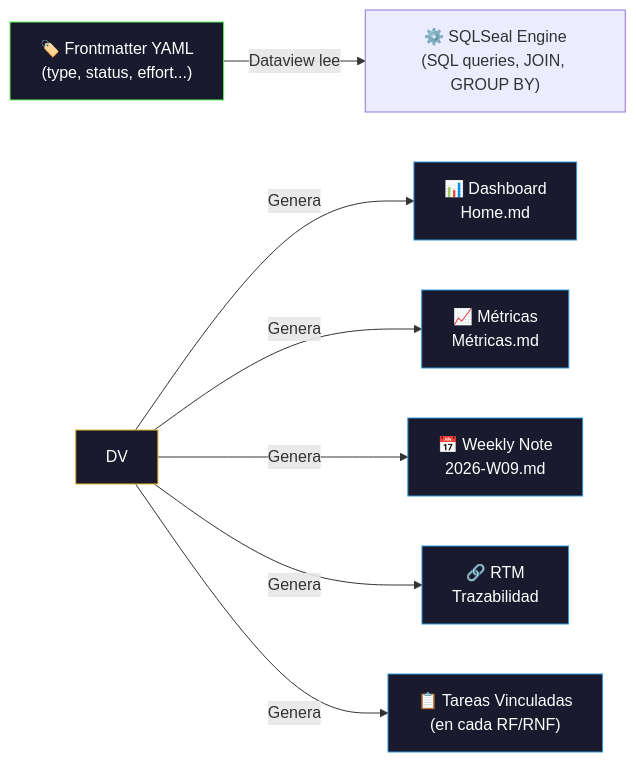
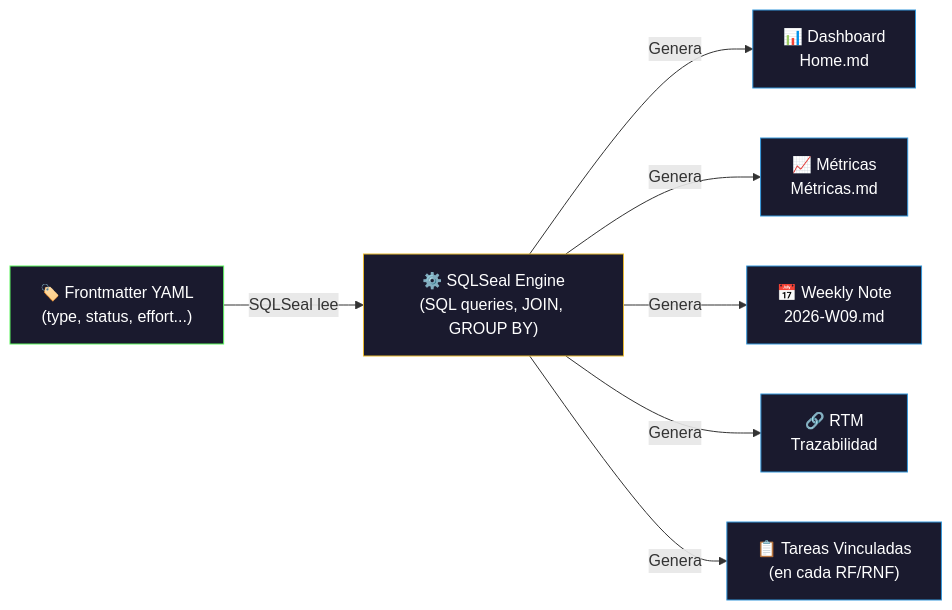
Before and after one commit to yonrasgg/RAICES_VIVAS: the second of 6 diagrams in 01-Proyecto/Guía de Workflow.md, drawn with Mermaid. The commit also changed other lines of this file and 3 other files, not shown here.

````diff
--- a/01-Proyecto/Guía de Workflow.md
+++ b/01-Proyecto/Guía de Workflow.md
@@ -215,17 +215,17 @@
 ```mermaid
 flowchart LR
-    FM["🏷️ Frontmatter YAML<br/>(type, status, effort...)"] -->|Dataview lee| SS["⚙️ SQLSeal Engine<br/>(SQL queries, JOIN, GROUP BY)"]
-    DV -->|Genera| DASH["📊 Dashboard<br/>Home.md"]
-    DV -->|Genera| MET["📈 Métricas<br/>Métricas.md"]
-    DV -->|Genera| WK["📅 Weekly Note<br/>2026-W09.md"]
-    DV -->|Genera| RTM["🔗 RTM<br/>Trazabilidad"]
-    DV -->|Genera| RF_T["📋 Tareas Vinculadas<br/>(en cada RF/RNF)"]
+    FM["🏷️ Frontmatter YAML<br/>(type, status, effort...)"] -->|SQLSeal lee| SS["⚙️ SQLSeal Engine<br/>(SQL queries, JOIN, GROUP BY)"]
+    SS -->|Genera| DASH["📊 Dashboard<br/>Home.md"]
+    SS -->|Genera| MET["📈 Métricas<br/>Métricas.md"]
+    SS -->|Genera| WK["📅 Weekly Note<br/>2026-W09.md"]
+    SS -->|Genera| RTM["🔗 RTM<br/>Trazabilidad"]
+    SS -->|Genera| RF_T["📋 Tareas Vinculadas<br/>(en cada RF/RNF)"]
 
     style FM fill:#1a1a2e,stroke:#5cf55f,color:#fff
-    style DV fill:#1a1a2e,stroke:#e8b931,color:#fff
+    style SS fill:#1a1a2e,stroke:#e8b931,color:#fff
     style DASH fill:#1a1a2e,stroke:#3498db,color:#fff
     style MET fill:#1a1a2e,stroke:#3498db,color:#fff
     style WK fill:#1a1a2e,stroke:#3498db,color:#fff
     style RTM fill:#1a1a2e,stroke:#3498db,color:#fff
     style RF_T fill:#1a1a2e,stroke:#3498db,color:#fff
 ```
````
